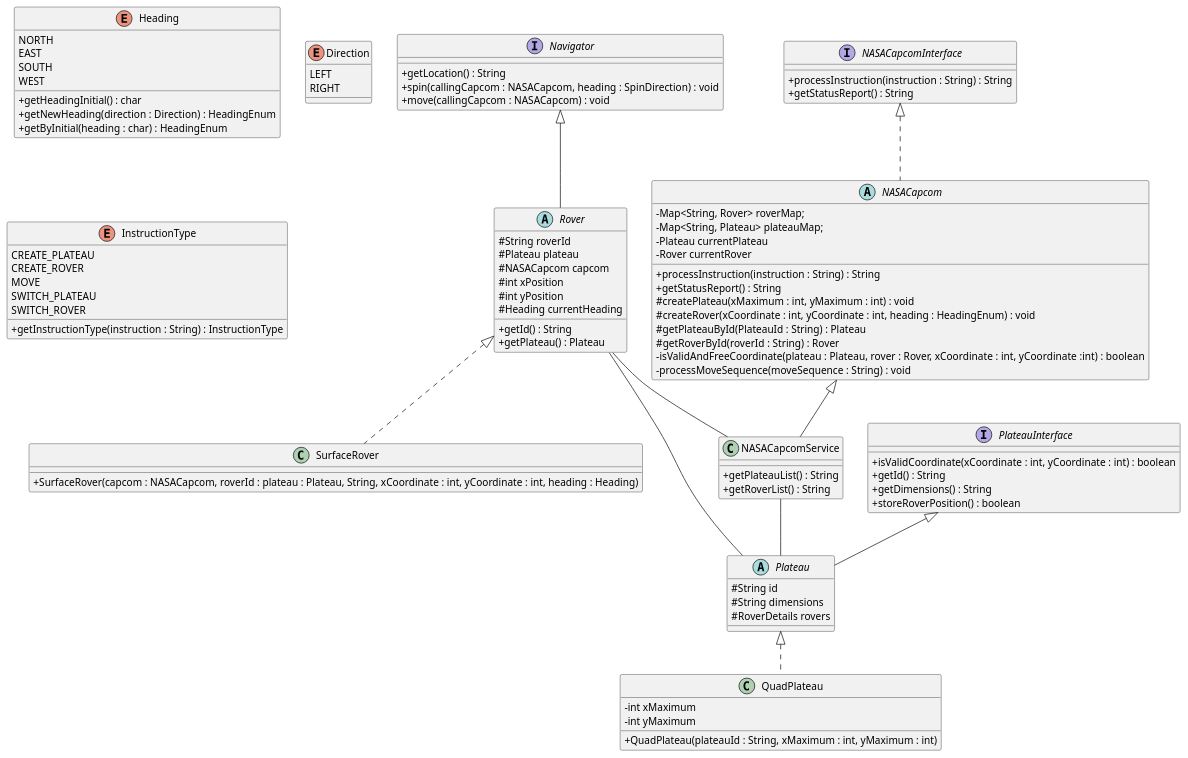
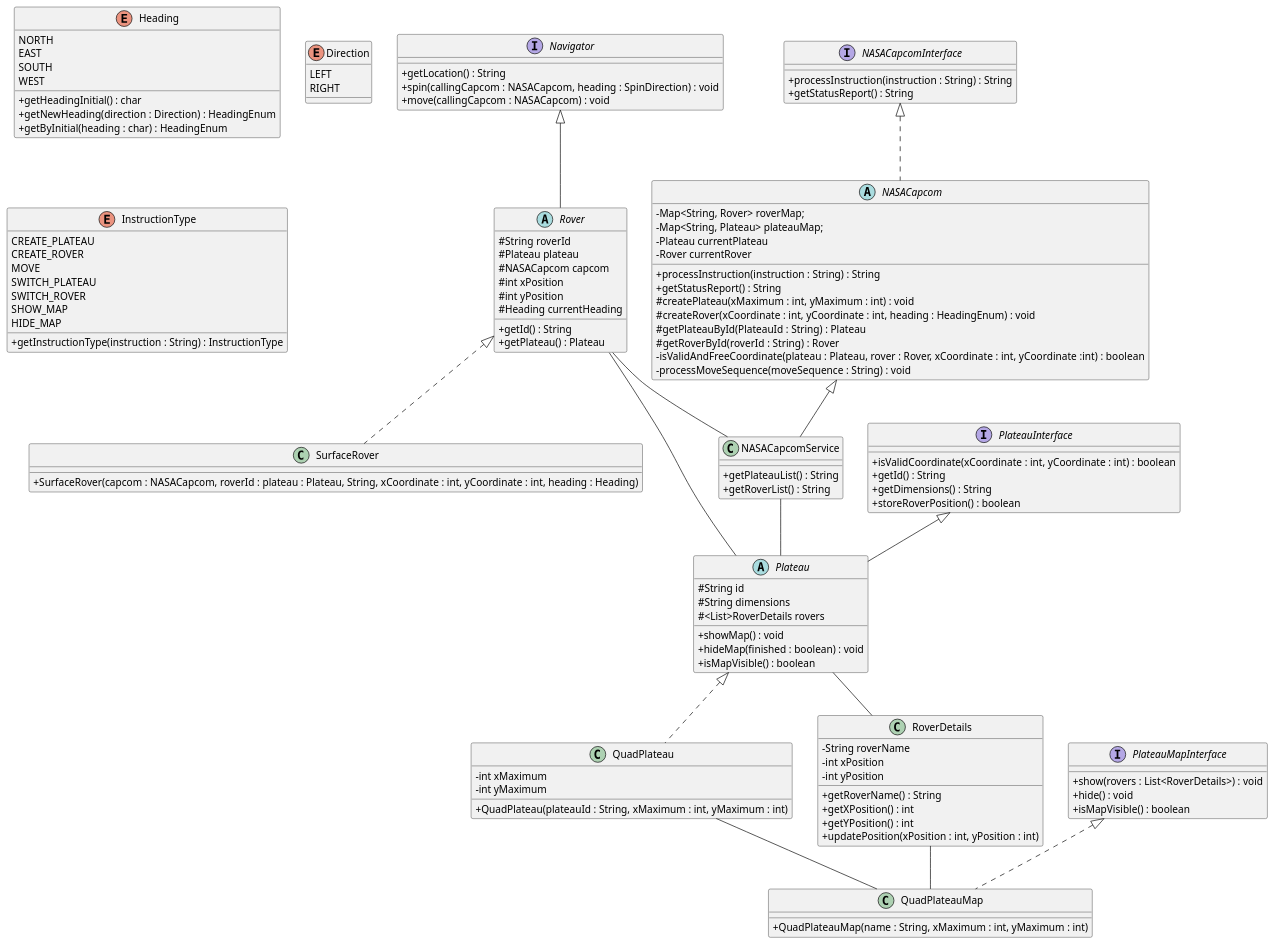
Before and after one commit to probert999/mars-rover: the diagram in uml/MarsRoverClassDiagram.puml, drawn with PlantUML. The commit also changed 17 other files, not shown here.

```diff
--- a/uml/MarsRoverClassDiagram.puml
+++ b/uml/MarsRoverClassDiagram.puml
@@ -1,109 +1,139 @@
 @startuml
 skinparam classAttributeIconSize 0
 
 interface Navigator {
     + getLocation() : String
     + spin(callingCapcom : NASACapcom, heading : SpinDirection) : void
     + move(callingCapcom : NASACapcom) : void
 }
 
 abstract class Rover extends Navigator  {
   # String roverId
   # Plateau plateau
   # NASACapcom capcom
   # int xPosition
   # int yPosition
   # Heading currentHeading
 
   + getId() : String
   + getPlateau() : Plateau
 }
 
 class SurfaceRover implements Rover  {
     + SurfaceRover(capcom : NASACapcom, roverId : plateau : Plateau, String, xCoordinate : int, yCoordinate : int, heading : Heading)
 }
 
 interface PlateauInterface  {
    + isValidCoordinate(xCoordinate : int, yCoordinate : int) : boolean
    + getId() : String
    + getDimensions() : String
    + storeRoverPosition() : boolean
 }
 
 abstract class Plateau extends PlateauInterface {
   # String id
   # String dimensions
-  # RoverDetails rovers
+  # <List>RoverDetails rovers
+
+  + showMap() : void
+  + hideMap(finished : boolean) : void
+  + isMapVisible() : boolean
 }
 
 class QuadPlateau implements Plateau {
   - int xMaximum
   - int yMaximum
 
    + QuadPlateau(plateauId : String, xMaximum : int, yMaximum : int)
 }
 
 
 enum Heading
 {
 NORTH
 EAST
 SOUTH
 WEST
 + getHeadingInitial() : char
 + getNewHeading(direction : Direction) : HeadingEnum
 + getByInitial(heading : char) : HeadingEnum
 }
 
 enum Direction
 {
 LEFT
 RIGHT
 }
 
 enum InstructionType
 {
 CREATE_PLATEAU
 CREATE_ROVER
 MOVE
 SWITCH_PLATEAU
 SWITCH_ROVER
+SHOW_MAP
+HIDE_MAP
 + getInstructionType(instruction : String) : InstructionType
 }
 
 interface NASACapcomInterface {
   + processInstruction(instruction : String) : String
   + getStatusReport() : String
 }
 
 abstract class NASACapcom implements NASACapcomInterface {
   - Map<String, Rover> roverMap;
   - Map<String, Plateau> plateauMap;
   - Plateau currentPlateau
   - Rover currentRover
 
   + processInstruction(instruction : String) : String
   + getStatusReport() : String
   # createPlateau(xMaximum : int, yMaximum : int) : void
   # createRover(xCoordinate : int, yCoordinate : int, heading : HeadingEnum) : void
   # getPlateauById(PlateauId : String) : Plateau
   # getRoverById(roverId : String) : Rover
   - isValidAndFreeCoordinate(plateau : Plateau, rover : Rover, xCoordinate : int, yCoordinate :int) : boolean
   - processMoveSequence(moveSequence : String) : void
 }
 
 class NASACapcomService extends NASACapcom
 {
   + getPlateauList() : String
   + getRoverList() : String
 }
 
+interface PlateauMapInterface {
+  + show(rovers : List<RoverDetails>) : void
+  + hide() : void
+  + isMapVisible() : boolean
+}
+
+class QuadPlateauMap implements PlateauMapInterface {
+  + QuadPlateauMap(name : String, xMaximum : int, yMaximum : int)
+}
+
+class RoverDetails {
+  - String roverName
+  - int xPosition
+  - int yPosition
+
+  + getRoverName() : String
+  + getXPosition() : int
+  + getYPosition() : int
+  + updatePosition(xPosition : int, yPosition : int)
+}
+
 NASACapcomService -- Plateau
 Rover -- NASACapcomService
 Rover -- Plateau
+Plateau -- RoverDetails
+RoverDetails -- QuadPlateauMap
+QuadPlateau -- QuadPlateauMap
 
 Heading -[Hidden] Navigator
 Heading -[hidden] Direction
 Heading -[hidden]d-> InstructionType
 
 @enduml
```
